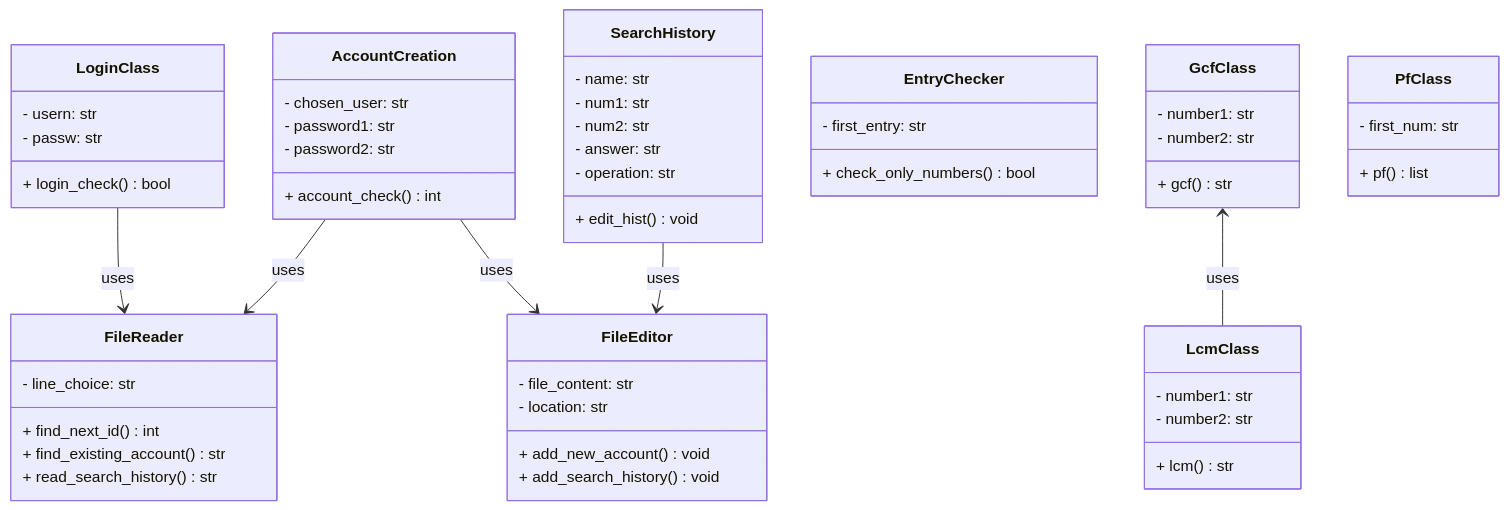
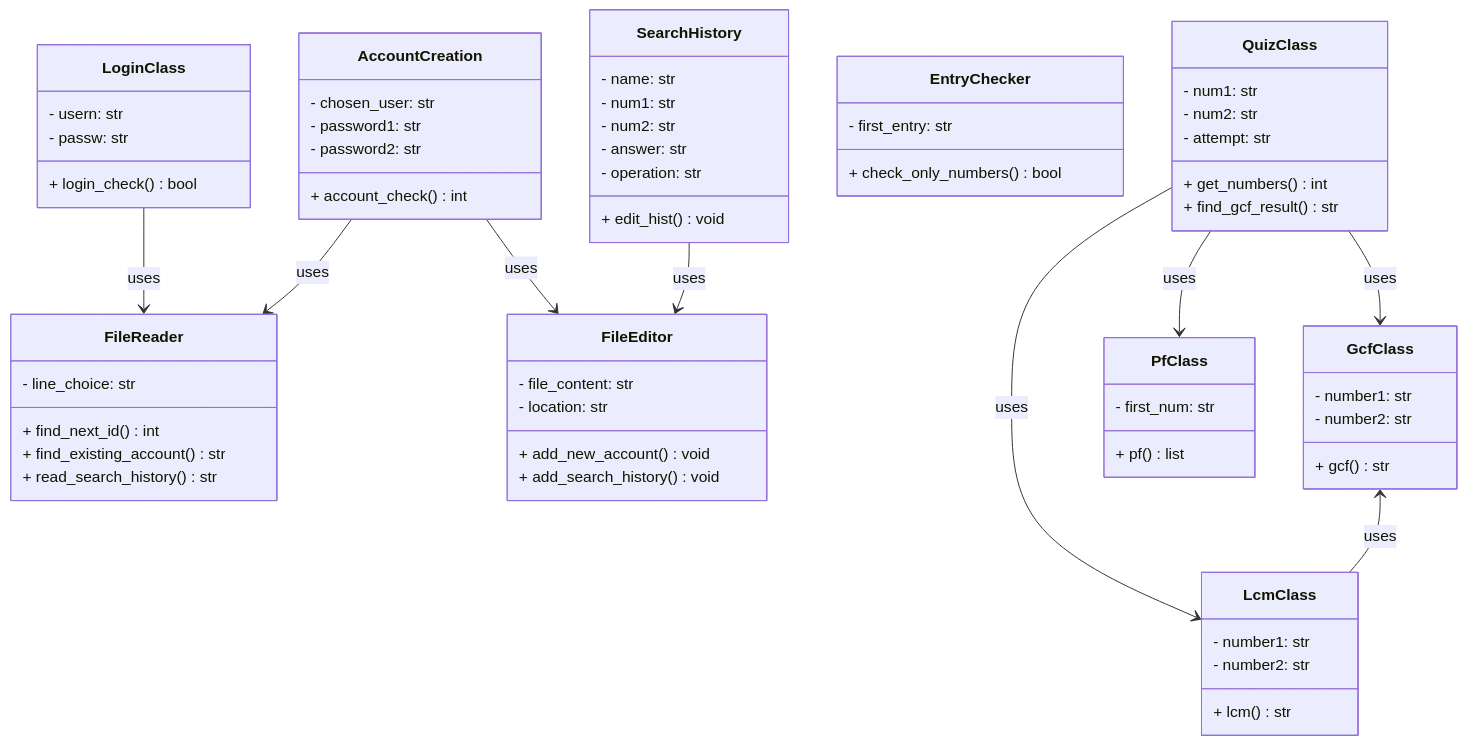
One commit to SouperSalamander/ot-harjoitustyo changed the first of 2 diagrams in dokumentaatio/arkkitehtuuri.md. Above: the diagram before and after it, drawn with Mermaid. The commit also changed other lines of this file, not shown here.

````diff
--- a/dokumentaatio/arkkitehtuuri.md
+++ b/dokumentaatio/arkkitehtuuri.md
@@ -3,67 +3,78 @@
 ```mermaid
 classDiagram
   class LoginClass {
     - usern: str
     - passw: str
     + login_check() bool
   }
 
   class AccountCreation {
     - chosen_user: str
     - password1: str
     - password2: str
     + account_check() int
   }
 
   class FileReader {
     - line_choice: str
     + find_next_id() int
     + find_existing_account() str
     + read_search_history() str
   }
 
   class FileEditor {
     - file_content: str
     - location: str
     + add_new_account() void
     + add_search_history() void
   }
 
   class SearchHistory {
     - name: str
     - num1: str
     - num2: str
     - answer: str
     - operation: str
     + edit_hist() void
   }
 
   class EntryChecker {
     - first_entry: str
     + check_only_numbers() bool
   }
 
+  class QuizClass {
+    - num1: str
+    - num2: str
+    - attempt: str
+    + get_numbers() int
+    + find_gcf_result() str
+  }
+
   class GcfClass {
     - number1: str
     - number2: str
     + gcf() str
   }
 
   class LcmClass {
     - number1: str
     - number2: str
     + lcm() str
   }
 
   class PfClass {
     - first_num: str
     + pf() list
   }
 
   LoginClass --> FileReader: uses
   AccountCreation --> FileEditor: uses
   AccountCreation --> FileReader: uses
   SearchHistory --> FileEditor: uses
+  QuizClass --> GcfClass: uses
+  QuizClass --> LcmClass: uses
+  QuizClass --> PfClass: uses
   GcfClass <-- LcmClass: uses
 
 ```
````
